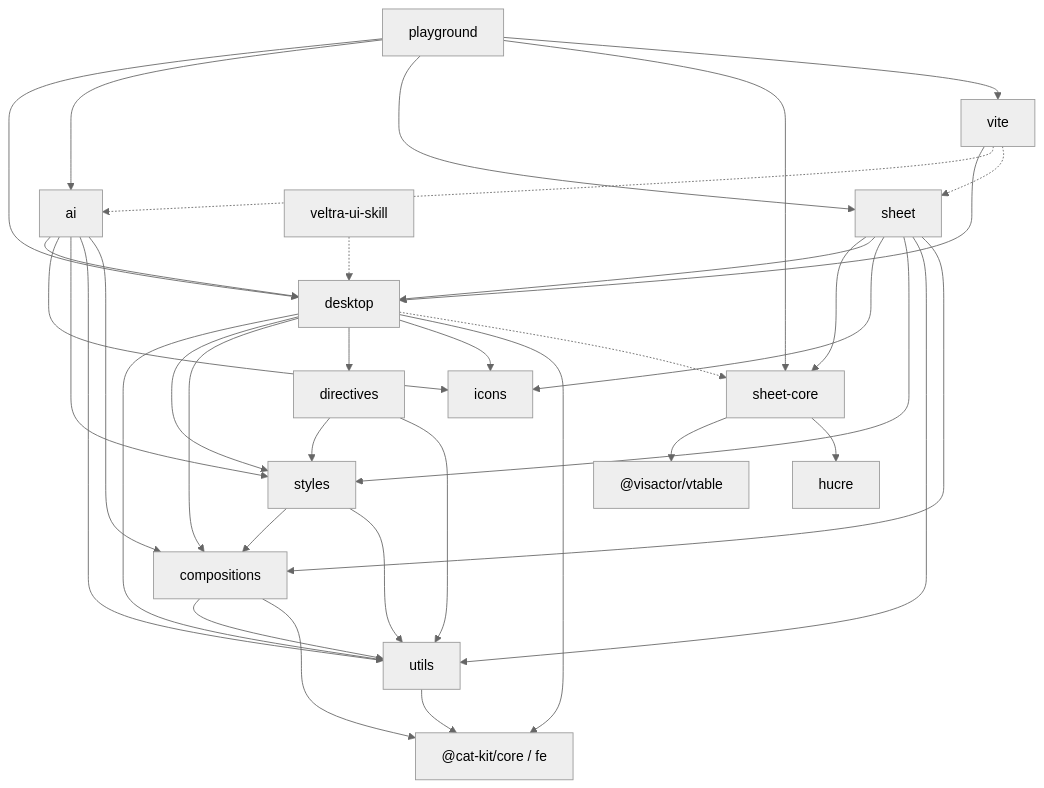
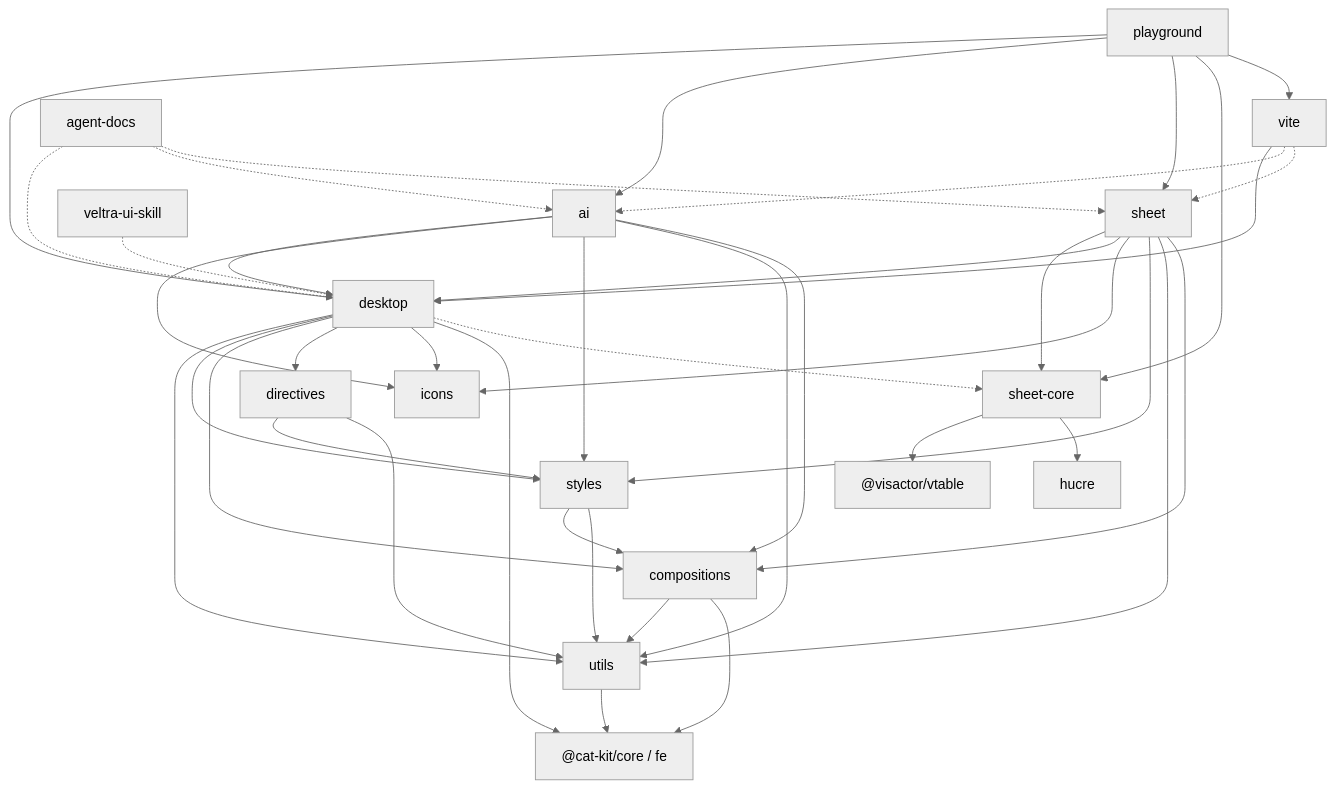
One commit to cabinet-fe/ultra-ui changed the diagram in .agents/docs/CODE-MAP.md. Above: the diagram before and after it, drawn with Mermaid (neutral theme). The commit also changed other lines of this file and 85 other files, not shown here.

````diff
--- a/.agents/docs/CODE-MAP.md
+++ b/.agents/docs/CODE-MAP.md
@@ -56,53 +58,57 @@
 ```mermaid
 graph TD
   catkit["@cat-kit/core / fe"]
   utils["utils"]
   compositions["compositions"]
   styles["styles"]
   directives["directives"]
   icons["icons"]
   desktop["desktop"]
   sheetCore["sheet-core"]
   sheet["sheet"]
   ai["ai"]
   vitePkg["vite"]
   playground["playground"]
   skill["veltra-ui-skill"]
+  agentDocs["agent-docs"]
 
   utils --> catkit
   compositions --> utils
   compositions --> catkit
   styles --> compositions
   styles --> utils
   directives --> styles
   directives --> utils
   desktop --> utils
   desktop --> styles
   desktop --> compositions
   desktop --> directives
   desktop --> icons
   desktop --> catkit
   desktop -.-> sheetCore
   sheetCore --> vtable["@visactor/vtable"]
   sheetCore --> hucre["hucre"]
   sheet --> sheetCore
   sheet --> desktop
   sheet --> icons
   sheet --> styles
   sheet --> utils
   sheet --> compositions
   ai --> desktop
   ai --> icons
   ai --> styles
   ai --> utils
   ai --> compositions
   vitePkg --> desktop
   vitePkg -.-> ai
   vitePkg -.-> sheet
   playground --> desktop
   playground --> ai
   playground --> sheet
   playground --> sheetCore
   playground --> vitePkg
   skill -.-> desktop
+  agentDocs -.-> desktop
+  agentDocs -.-> ai
+  agentDocs -.-> sheet
 ```
````
